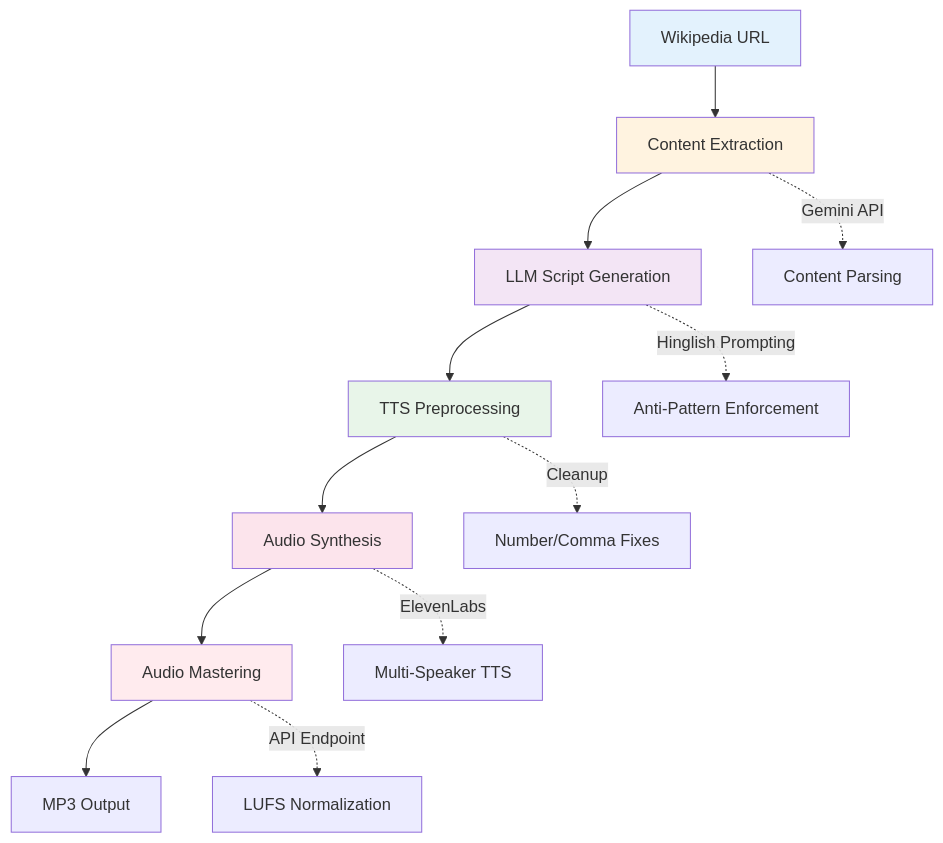
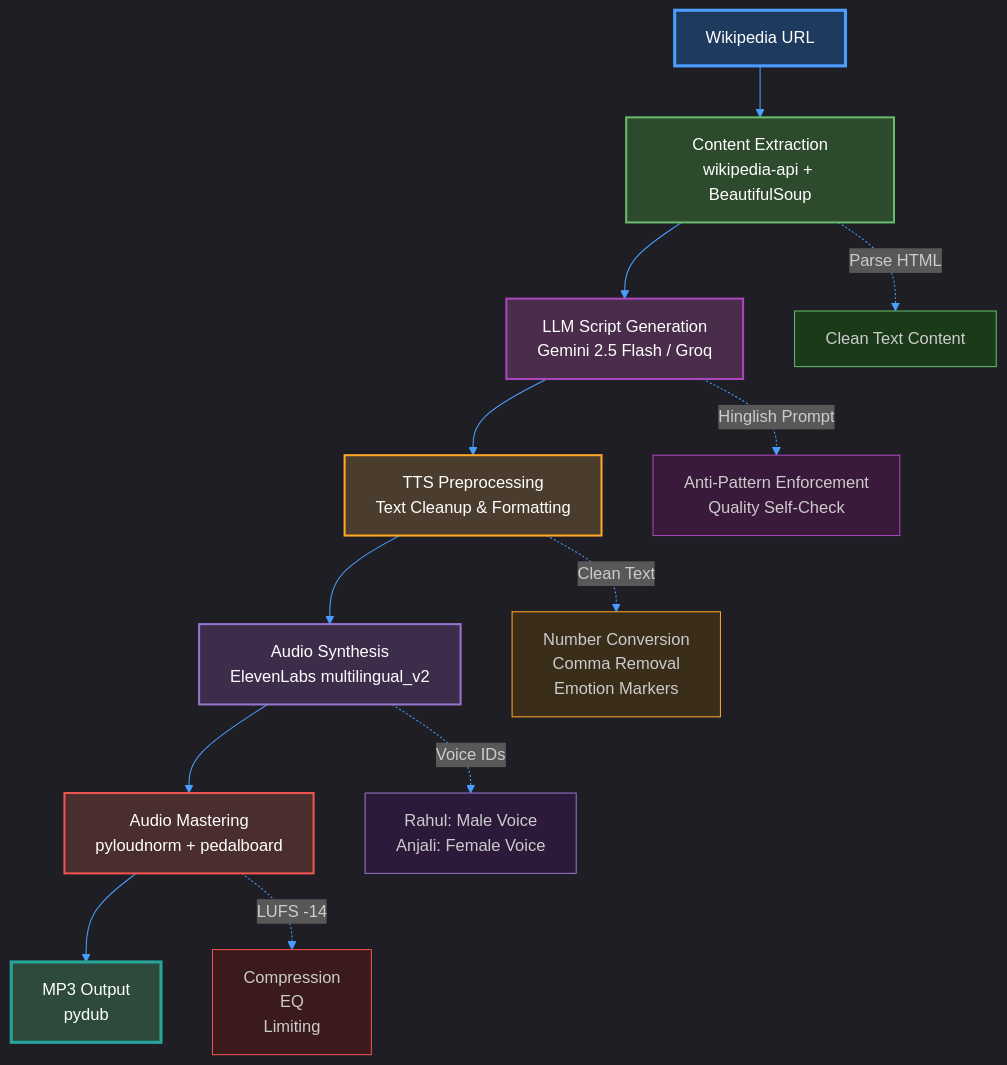
Before and after one commit to Hazenbox/Vani-ai: the second of 2 diagrams in README.md, drawn with Mermaid. The commit also changed other lines of this file and 5 other files, not shown here.

First line of the commit message:
docs: Clean up root directory and update README with Python-focused dark diagrams

````diff
--- a/README.md
+++ b/README.md
@@ -293,22 +296,29 @@
 ```mermaid
+%%{init: {'theme':'dark', 'themeVariables': { 'primaryColor':'#1a1a1a','primaryTextColor':'#ffffff','primaryBorderColor':'#4a9eff','lineColor':'#4a9eff','secondaryColor':'#2d2d2d','tertiaryColor':'#1a1a1a'}}}%%
 graph TD
-    A[Wikipedia URL] --> B[Content Extraction]
-    B --> C[LLM Script Generation]
-    C --> D[TTS Preprocessing]
-    D --> E[Audio Synthesis]
-    E --> F[Audio Mastering]
-    F --> G[MP3 Output]
+    A[Wikipedia URL] --> B[Content Extraction<br/>wikipedia-api + BeautifulSoup]
+    B --> C[LLM Script Generation<br/>Gemini 2.5 Flash / Groq]
+    C --> D[TTS Preprocessing<br/>Text Cleanup & Formatting]
+    D --> E[Audio Synthesis<br/>ElevenLabs multilingual_v2]
+    E --> F[Audio Mastering<br/>pyloudnorm + pedalboard]
+    F --> G[MP3 Output<br/>pydub]
     
-    B -.->|Gemini API| B1[Content Parsing]
-    C -.->|Hinglish Prompting| C1[Anti-Pattern Enforcement]
-    D -.->|Cleanup| D1[Number/Comma Fixes]
-    E -.->|ElevenLabs| E1[Multi-Speaker TTS]
-    F -.->|API Endpoint| F1[LUFS Normalization]
+    B -.->|Parse HTML| B1[Clean Text Content]
+    C -.->|Hinglish Prompt| C1[Anti-Pattern Enforcement<br/>Quality Self-Check]
+    D -.->|Clean Text| D1[Number Conversion<br/>Comma Removal<br/>Emotion Markers]
+    E -.->|Voice IDs| E1[Rahul: Male Voice<br/>Anjali: Female Voice]
+    F -.->|LUFS -14| F1[Compression<br/>EQ<br/>Limiting]
     
-    style A fill:#e3f2fd
-    style B fill:#fff3e0
-    style C fill:#f3e5f5
-    style D fill:#e8f5e9
-    style E fill:#fce4ec
-    style F fill:#ffebee
+    style A fill:#1e3a5f,stroke:#4a9eff,stroke-width:3px,color:#fff
+    style B fill:#2d4a2d,stroke:#66bb6a,stroke-width:2px,color:#fff
+    style C fill:#4a2d4a,stroke:#ab47bc,stroke-width:2px,color:#fff
+    style D fill:#4a3d2d,stroke:#ffa726,stroke-width:2px,color:#fff
+    style E fill:#3d2d4a,stroke:#9575cd,stroke-width:2px,color:#fff
+    style F fill:#4a2d2d,stroke:#ef5350,stroke-width:2px,color:#fff
+    style G fill:#2d4a3d,stroke:#26a69a,stroke-width:3px,color:#fff
+    style B1 fill:#1a3a1a,stroke:#66bb6a,stroke-width:1px,color:#ccc
+    style C1 fill:#3a1a3a,stroke:#ab47bc,stroke-width:1px,color:#ccc
+    style D1 fill:#3a2d1a,stroke:#ffa726,stroke-width:1px,color:#ccc
+    style E1 fill:#2d1a3a,stroke:#9575cd,stroke-width:1px,color:#ccc
+    style F1 fill:#3a1a1a,stroke:#ef5350,stroke-width:1px,color:#ccc
 ```
````
